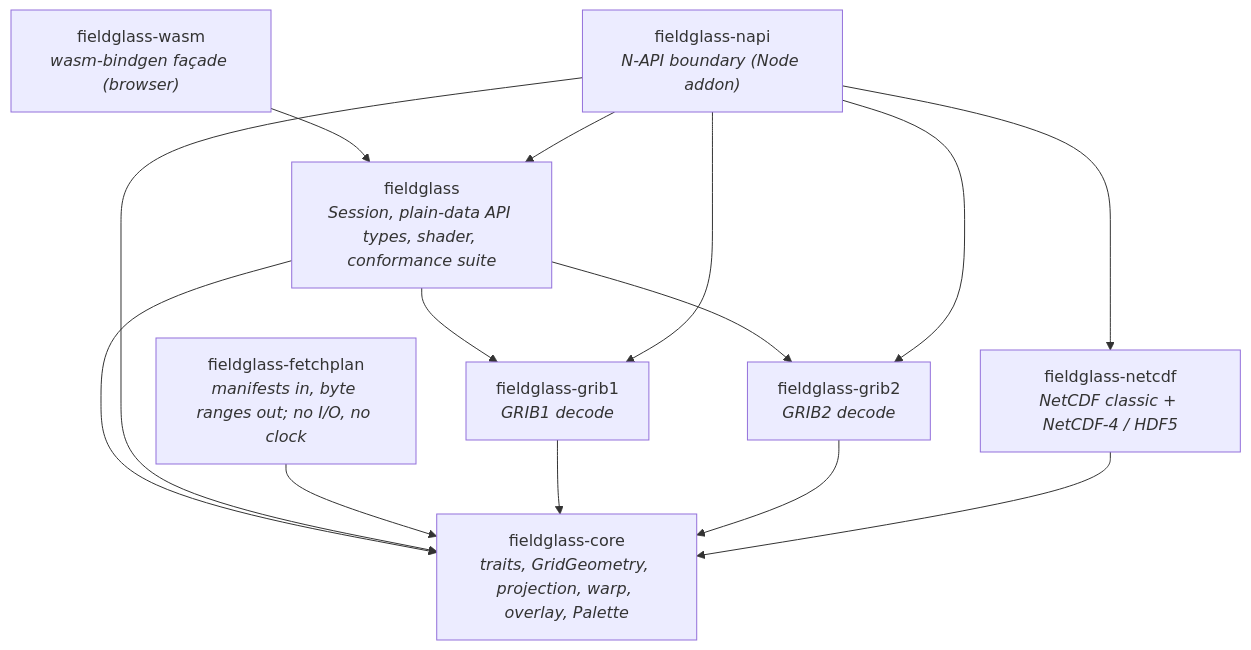
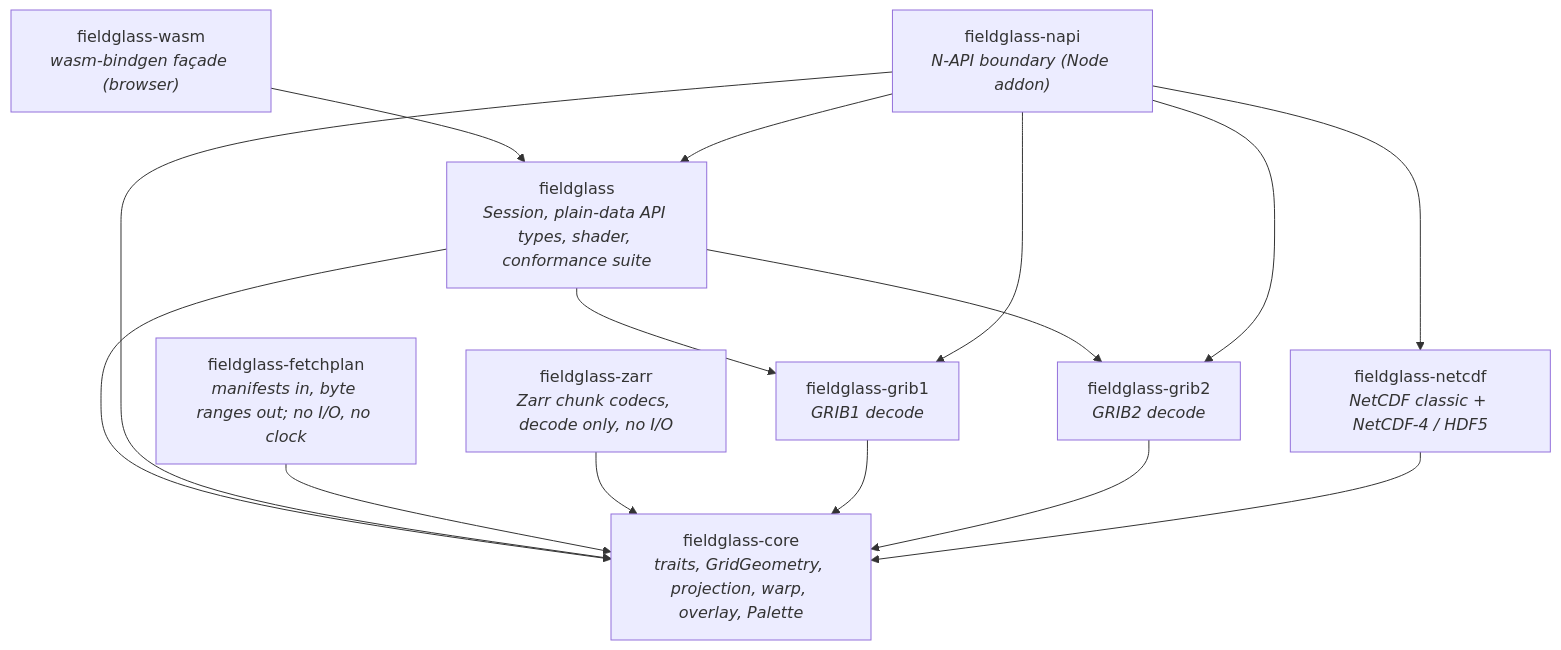
One commit to D0ubleD0uble/fieldglass changed the diagram in docs/architecture/01-crates.md. Above: the diagram before and after it, drawn with Mermaid. The commit also changed other lines of this file and 210 other files, not shown here.

First line of the commit message:
feat(zarr): chunk codecs for both editions, blosc and sharding

````diff
--- a/docs/architecture/01-crates.md
+++ b/docs/architecture/01-crates.md
@@ -18,25 +18,27 @@
 ```mermaid
 flowchart TD
     napi["fieldglass-napi<br/><i>N-API boundary (Node addon)</i>"]
     wasm["fieldglass-wasm<br/><i>wasm-bindgen façade (browser)</i>"]
     fieldglass["fieldglass<br/><i>Session, plain-data API types, shader, conformance suite</i>"]
     grib1["fieldglass-grib1<br/><i>GRIB1 decode</i>"]
     grib2["fieldglass-grib2<br/><i>GRIB2 decode</i>"]
     netcdf["fieldglass-netcdf<br/><i>NetCDF classic + NetCDF-4 / HDF5</i>"]
     core["fieldglass-core<br/><i>traits, GridGeometry, projection, warp, overlay, Palette</i>"]
     fetchplan["fieldglass-fetchplan<br/><i>manifests in, byte ranges out; no I/O, no clock</i>"]
+    zarr["fieldglass-zarr<br/><i>Zarr chunk codecs, decode only, no I/O</i>"]
 
     wasm --> fieldglass
     fieldglass --> grib1
     fieldglass --> grib2
     fieldglass --> core
     napi --> fieldglass
     napi --> grib1
     napi --> grib2
     napi --> netcdf
     napi --> core
     fetchplan --> core
+    zarr --> core
     grib1 --> core
     grib2 --> core
     netcdf --> core
 ```
````
